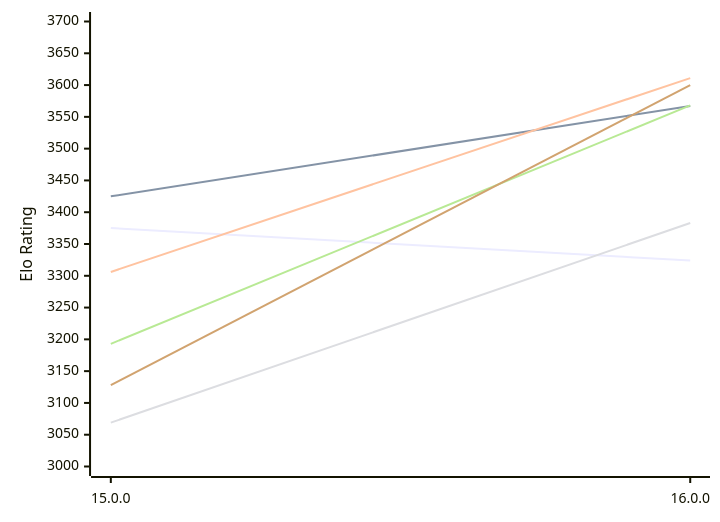
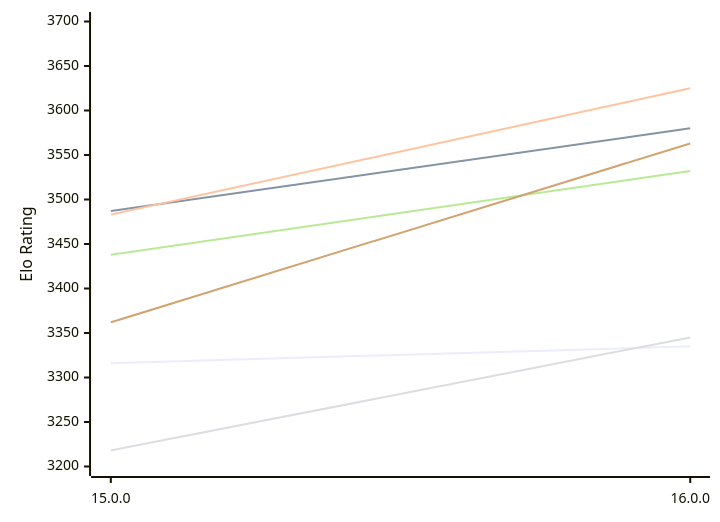
The first of 2 diagrams in engines/Halogen.md (computer-chess-index/cci), drawn with Mermaid before and after one commit. The commit also changed other lines of this file, not shown here.

Commit message:
Update CCI Ratings (ELO VLTC) - 2026-11-14

````diff
--- a/engines/Halogen.md
+++ b/engines/Halogen.md
@@ -50,12 +50,12 @@
 ```mermaid
 %%{init: {"theme":"base","themeVariables":{"seriesColors:['#a3a3a3','#222221','#faa371']}}}%%
 xychart-beta
   x-axis ["15.0.0", "16.0.0"]
-  y-axis "Elo Rating" 3000 --> 3700
-  line "E1: STC (8.0+0.08s)" [3375, 3324]
-  line "E1: LTC (60.0+0.60s)" [3425, 3567]
-  line "E1: VLTC (2m24s+1.12s)" [3306, 3611]
-  line "P1: STC (8.0+0.08s)" [3069, 3383]
-  line "P1: LTC (60.0+0.60s)" [3193, 3568]
-  line "P1: VLTC (2m24s+1.12s)" [3128, 3600]
+  y-axis "Elo Rating" 3200 --> 3700
+  line "E1: STC (8.0+0.08s)" [3316, 3335]
+  line "E1: LTC (60.0+0.60s)" [3487, 3580]
+  line "E1: VLTC (2m24s+1.12s)" [3483, 3625]
+  line "P1: STC (8.0+0.08s)" [3218, 3345]
+  line "P1: LTC (60.0+0.60s)" [3438, 3532]
+  line "P1: VLTC (2m24s+1.12s)" [3362, 3563]
 ```
````
